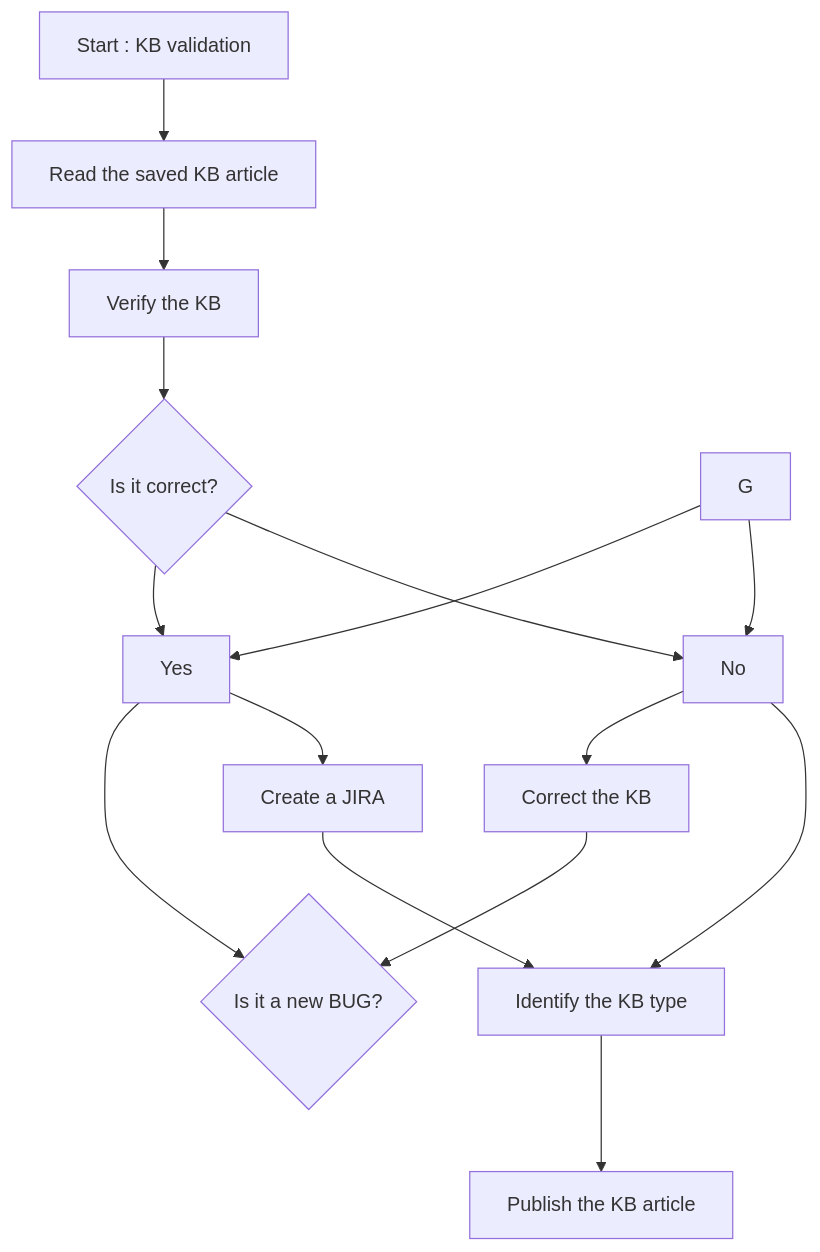
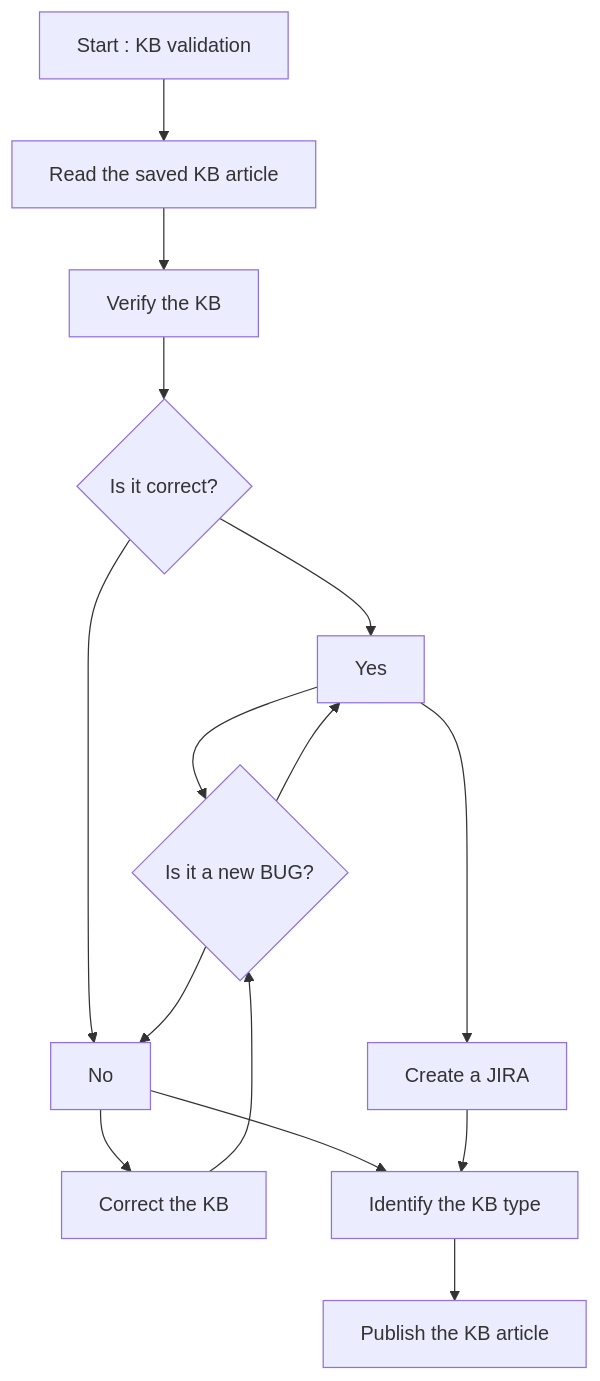
One commit to alexvea/KB changed the third of 3 diagrams in README.md. Above: the diagram before and after it, drawn with Mermaid.

````diff
--- a/README.md
+++ b/README.md
@@ -165,13 +165,13 @@
 ```mermaid
 flowchart TD
 A[Start : KB validation] --> B[Read the saved KB article];
 B[Read the saved KB article] --> C[Verify the KB];
 C[Verify the KB] --> D{Is it correct?};
 D --> Yes --> E{Is it a new BUG?};
 D --> No --> F[Correct the KB];
 F --> E{Is it a new BUG?}
-G --> Yes --> H[Create a JIRA];
-G --> No --> I[Identify the KB type];
+E --> Yes --> H[Create a JIRA];
+E --> No --> I[Identify the KB type];
 H --> I[Identify the KB type];
 I[Identify the KB type] --> J[Publish the KB article];
 ```
````
